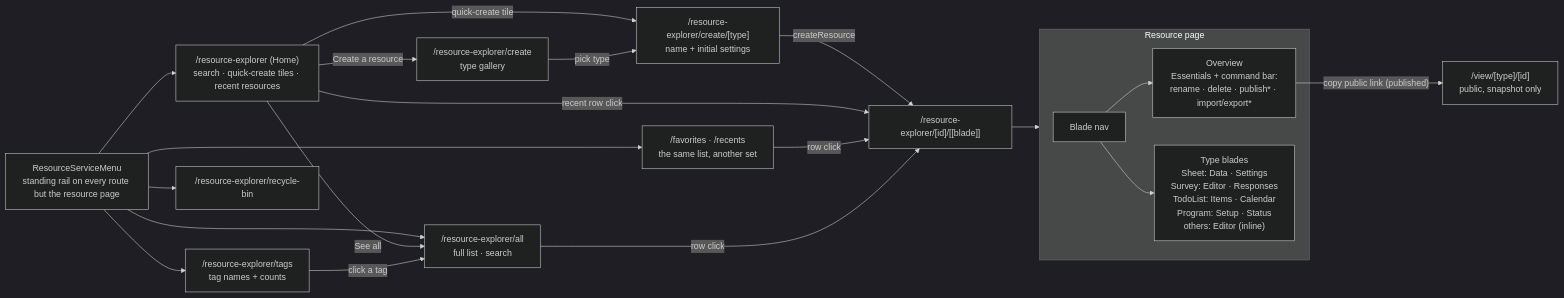
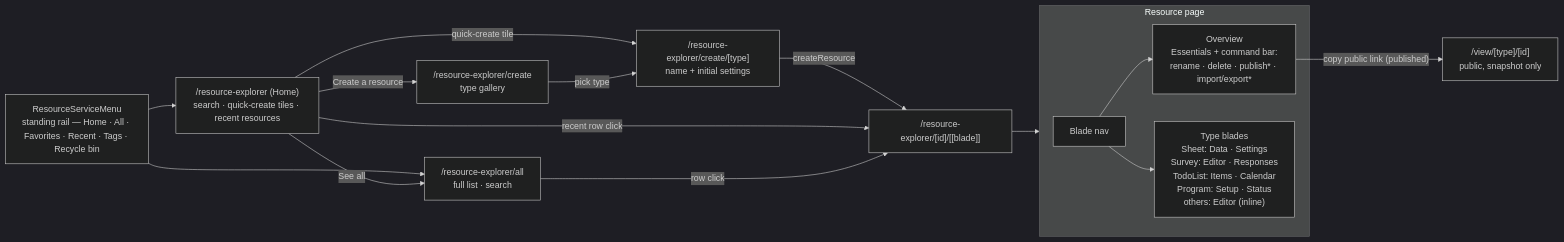
Before and after one commit to Esposter/Esposter: the first of 3 diagrams in packages/app/content/docs/platform/resource-explorer.md, drawn with Mermaid (dark theme). The commit also changed 42 other files, not shown here.

First line of the commit message:
refactor(resource-explorer): fold the service-menu duplication back into its registries

````diff
--- a/packages/app/content/docs/platform/resource-explorer.md
+++ b/packages/app/content/docs/platform/resource-explorer.md
@@ -42,27 +42,22 @@
 ```mermaid
 flowchart LR
-  SMENU["ResourceServiceMenu<br/>standing rail on every route but the resource page"]
+  SMENU["ResourceServiceMenu<br/>standing rail — Home · All · Favorites · Recent · Tags · Recycle bin"]
   HOME["/resource-explorer (Home)<br/>search · quick-create tiles · recent resources"]
   SMENU --> HOME
   SMENU --> ALL["/resource-explorer/all<br/>full list · search"]
-  SMENU --> SETS["/favorites · /recents<br/>the same list, another set"]
-  SMENU --> TAGS["/resource-explorer/tags<br/>tag names + counts"]
-  SMENU --> BIN["/resource-explorer/recycle-bin"]
   HOME -->|See all| ALL
   HOME -->|Create a resource| CREATE["/resource-explorer/create<br/>type gallery"]
   HOME -->|quick-create tile| CFORM["/resource-explorer/create/[type]<br/>name + initial settings"]
   CREATE -->|pick type| CFORM
   CFORM -->|createResource| RES["/resource-explorer/[id]/[[blade]]"]
   HOME -->|recent row click| RES
-  TAGS -->|click a tag| ALL
-  SETS -->|row click| RES
   ALL -->|row click| RES
 
   subgraph bladepage [Resource page]
     MENU["Blade nav"] --> OV["Overview<br/>Essentials + command bar:<br/>rename · delete · publish* · import/export*"]
     MENU --> TB["Type blades<br/>Sheet: Data · Settings<br/>Survey: Editor · Responses<br/>TodoList: Items · Calendar<br/>Program: Setup · Status<br/>others: Editor (inline)"]
   end
 
   RES --> bladepage
   OV -->|"copy public link (published)"| VIEW["/view/[type]/[id]<br/>public, snapshot only"]
 ```
````
